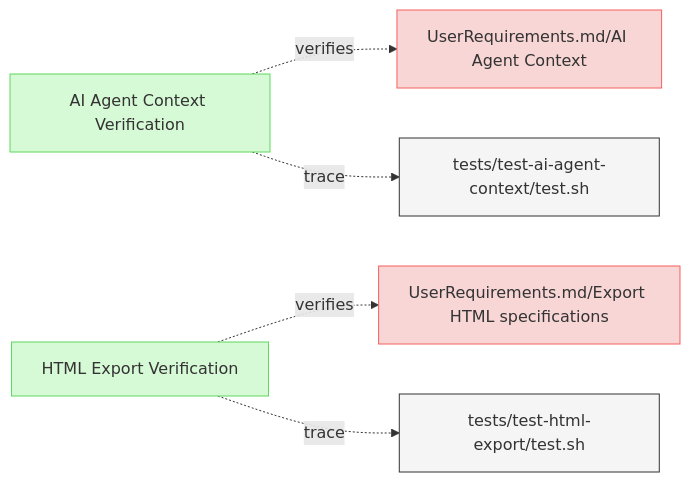
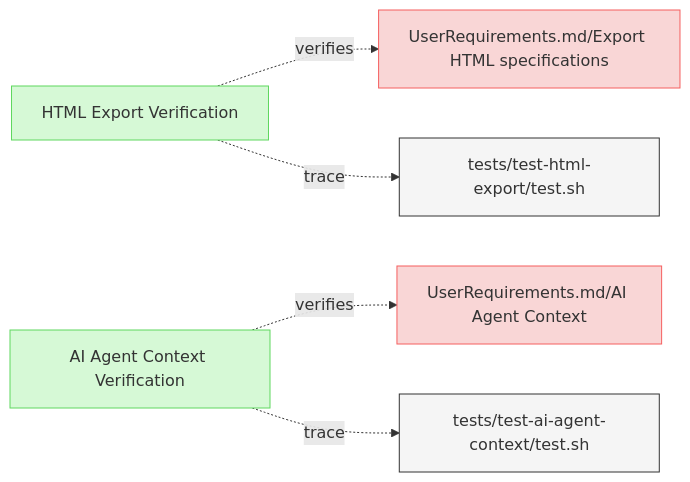
One commit to reqvire-org/reqvire changed the diagram in specifications/Verifications/Misc.md. Above: the diagram before and after it, drawn with Mermaid. The commit also changed 17 other files, not shown here.

Commit message:
Auto-generate diagrams after PR merge to main

````diff
--- a/specifications/Verifications/Misc.md
+++ b/specifications/Verifications/Misc.md
@@ -6,31 +6,31 @@
 ```mermaid
 graph LR;
   %% Graph styling
   classDef requirement fill:#f9d6d6,stroke:#f55f5f,stroke-width:1px;
   classDef verification fill:#d6f9d6,stroke:#5fd75f,stroke-width:1px;
   classDef externalLink fill:#d0e0ff,stroke:#3080ff,stroke-width:1px;
   classDef default fill:#f5f5f5,stroke:#333333,stroke-width:1px;
 
-  4cd014e47746303f["AI Agent Context Verification"];
-  click 4cd014e47746303f "https://github.com/ilijaljubicic/ReqFlow/blob/29a17f176519a28e973567d4102beb95f41075ed/specifications/Verifications/Misc.md#ai-agent-context-verification";
-  class 4cd014e47746303f verification;
-  5a6fc253c51845b6["UserRequirements.md/AI Agent Context"];
-  class 5a6fc253c51845b6 requirement;
-  click 5a6fc253c51845b6 "https://github.com/ilijaljubicic/ReqFlow/blob/29a17f176519a28e973567d4102beb95f41075ed/specifications/UserRequirements.md#ai-agent-context";
-  4cd014e47746303f -.->|verifies| 5a6fc253c51845b6;
-  24a5739f743c3d7b["tests/test-ai-agent-context/test.sh"];
-  class 24a5739f743c3d7b default;
-  click 24a5739f743c3d7b "https://github.com/ilijaljubicic/ReqFlow/blob/29a17f176519a28e973567d4102beb95f41075ed/tests/test-ai-agent-context/test.sh";
-  4cd014e47746303f -.->|trace| 24a5739f743c3d7b;
-  45bda45c2056783a["HTML Export Verification"];
-  click 45bda45c2056783a "https://github.com/ilijaljubicic/ReqFlow/blob/29a17f176519a28e973567d4102beb95f41075ed/specifications/Verifications/Misc.md#html-export-verification";
-  class 45bda45c2056783a verification;
-  72c7eda6183f0893["UserRequirements.md/Export HTML specifications"];
-  class 72c7eda6183f0893 requirement;
-  click 72c7eda6183f0893 "https://github.com/ilijaljubicic/ReqFlow/blob/29a17f176519a28e973567d4102beb95f41075ed/specifications/UserRequirements.md#export-html-specifications";
-  45bda45c2056783a -.->|verifies| 72c7eda6183f0893;
-  7766b8055bc4c657["tests/test-html-export/test.sh"];
-  class 7766b8055bc4c657 default;
-  click 7766b8055bc4c657 "https://github.com/ilijaljubicic/ReqFlow/blob/29a17f176519a28e973567d4102beb95f41075ed/tests/test-html-export/test.sh";
-  45bda45c2056783a -.->|trace| 7766b8055bc4c657;
+  b1cb63b72528e5f2["HTML Export Verification"];
+  click b1cb63b72528e5f2 "https://github.com/ilijaljubicic/ReqFlow/blob/73d5ae1d93adea71fdf4cc508be4d1ae09be068f/specifications/Verifications/Misc.md#html-export-verification";
+  class b1cb63b72528e5f2 verification;
+  6a4b7e96941effda["UserRequirements.md/Export HTML specifications"];
+  class 6a4b7e96941effda requirement;
+  click 6a4b7e96941effda "https://github.com/ilijaljubicic/ReqFlow/blob/73d5ae1d93adea71fdf4cc508be4d1ae09be068f/specifications/UserRequirements.md#export-html-specifications";
+  b1cb63b72528e5f2 -.->|verifies| 6a4b7e96941effda;
+  bd90e2ed1f873c0b["tests/test-html-export/test.sh"];
+  class bd90e2ed1f873c0b default;
+  click bd90e2ed1f873c0b "https://github.com/ilijaljubicic/ReqFlow/blob/73d5ae1d93adea71fdf4cc508be4d1ae09be068f/tests/test-html-export/test.sh";
+  b1cb63b72528e5f2 -.->|trace| bd90e2ed1f873c0b;
+  b3995a86d18690c5["AI Agent Context Verification"];
+  click b3995a86d18690c5 "https://github.com/ilijaljubicic/ReqFlow/blob/73d5ae1d93adea71fdf4cc508be4d1ae09be068f/specifications/Verifications/Misc.md#ai-agent-context-verification";
+  class b3995a86d18690c5 verification;
+  b1d0919d0418c0f1["UserRequirements.md/AI Agent Context"];
+  class b1d0919d0418c0f1 requirement;
+  click b1d0919d0418c0f1 "https://github.com/ilijaljubicic/ReqFlow/blob/73d5ae1d93adea71fdf4cc508be4d1ae09be068f/specifications/UserRequirements.md#ai-agent-context";
+  b3995a86d18690c5 -.->|verifies| b1d0919d0418c0f1;
+  19ba38e68e9e3127["tests/test-ai-agent-context/test.sh"];
+  class 19ba38e68e9e3127 default;
+  click 19ba38e68e9e3127 "https://github.com/ilijaljubicic/ReqFlow/blob/73d5ae1d93adea71fdf4cc508be4d1ae09be068f/tests/test-ai-agent-context/test.sh";
+  b3995a86d18690c5 -.->|trace| 19ba38e68e9e3127;
 ```
````
